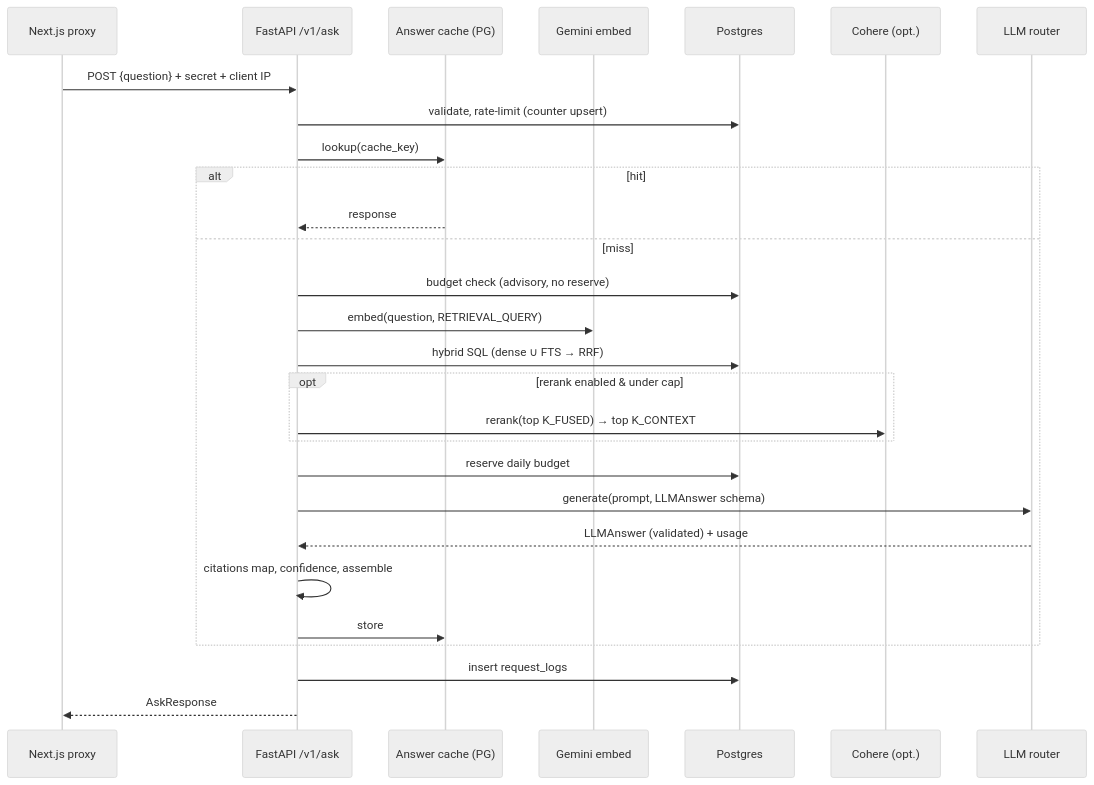
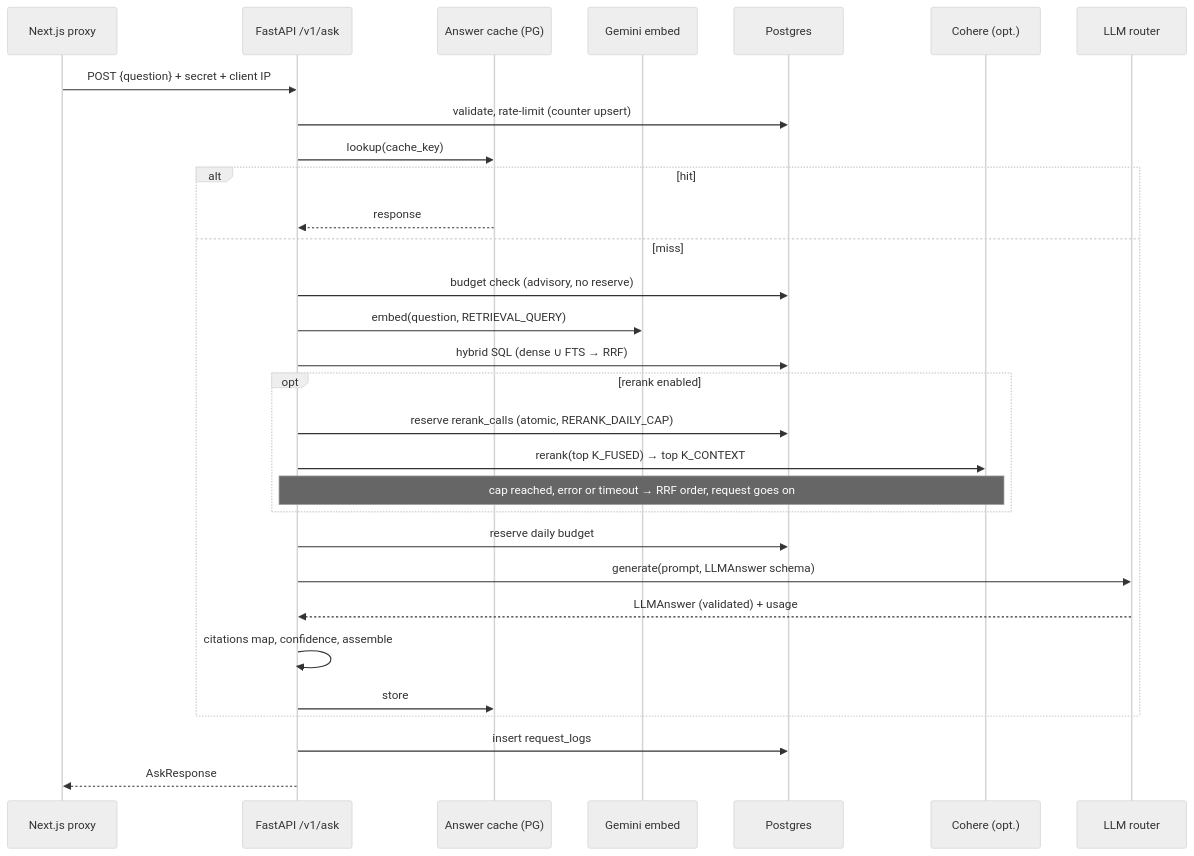
The second of 2 diagrams in docs/Tech.md (Niksa1101/grounded), drawn with Mermaid (neutral theme) before and after one commit. The commit also changed other lines of this file and 20 other files, not shown here.

First line of the commit message:
feat: rerank in the request path with graceful degradation (6.03) (#114)

````diff
--- a/docs/Tech.md
+++ b/docs/Tech.md
@@ -283,30 +283,32 @@
 ```mermaid
 sequenceDiagram
     participant PX as Next.js proxy
     participant API as FastAPI /v1/ask
     participant C as Answer cache (PG)
     participant E as Gemini embed
     participant DB as Postgres
     participant R as Cohere (opt.)
     participant L as LLM router
     PX->>API: POST {question} + secret + client IP
     API->>DB: validate, rate-limit (counter upsert)
     API->>C: lookup(cache_key)
     alt hit
         C-->>API: response
     else miss
         API->>DB: budget check (advisory, no reserve)
         API->>E: embed(question, RETRIEVAL_QUERY)
         API->>DB: hybrid SQL (dense ∪ FTS → RRF)
-        opt rerank enabled & under cap
+        opt rerank enabled
+            API->>DB: reserve rerank_calls (atomic, RERANK_DAILY_CAP)
             API->>R: rerank(top K_FUSED) → top K_CONTEXT
+            Note over API,R: cap reached, error or timeout → RRF order, request goes on
         end
         API->>DB: reserve daily budget
         API->>L: generate(prompt, LLMAnswer schema)
         L-->>API: LLMAnswer (validated) + usage
         API->>API: citations map, confidence, assemble
         API->>C: store
     end
     API->>DB: insert request_logs
     API-->>PX: AskResponse
 ```
````
